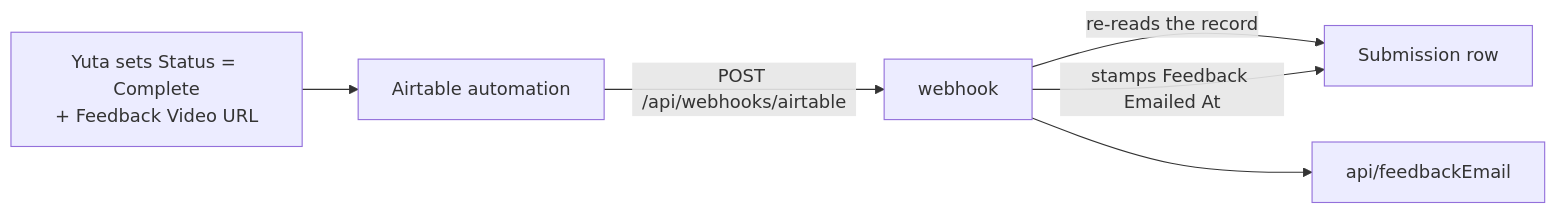
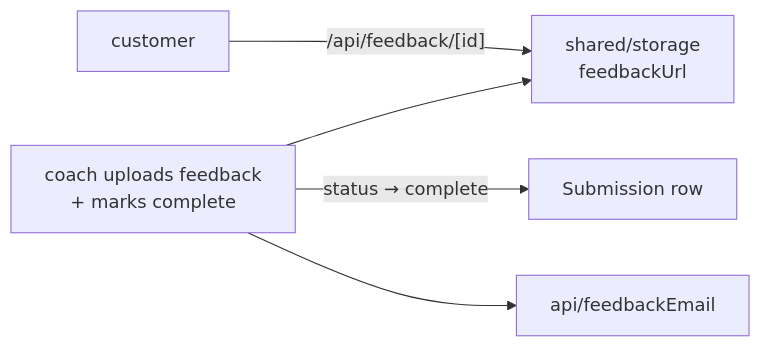
The diagram in src/domains/feedback/_FeedbackDocumentation.md (aaronjwylie/baseballcoach), drawn with Mermaid before and after one commit. The commit also changed other lines of this file and 4 other files, not shown here.

````diff
--- a/src/domains/feedback/_FeedbackDocumentation.md
+++ b/src/domains/feedback/_FeedbackDocumentation.md
@@ -14,8 +15,7 @@
 ```mermaid
 flowchart LR
-    YUTA["Yuta sets Status = Complete<br/>+ Feedback Video URL"] --> AUTO["Airtable automation"]
-    AUTO -->|"POST /api/webhooks/airtable"| HOOK["webhook"]
-    HOOK -->|"re-reads the record"| SUB["Submission row"]
-    HOOK --> MAIL["api/feedbackEmail"]
-    HOOK -->|"stamps Feedback Emailed At"| SUB
+    COACH["coach uploads feedback<br/>+ marks complete"] --> STORE["shared/storage<br/>feedbackUrl"]
+    COACH -->|"status → complete"| SUB["Submission row"]
+    COACH --> MAIL["api/feedbackEmail"]
+    CUST["customer"] -->|"/api/feedback/[id]"| STORE
 ```
````
